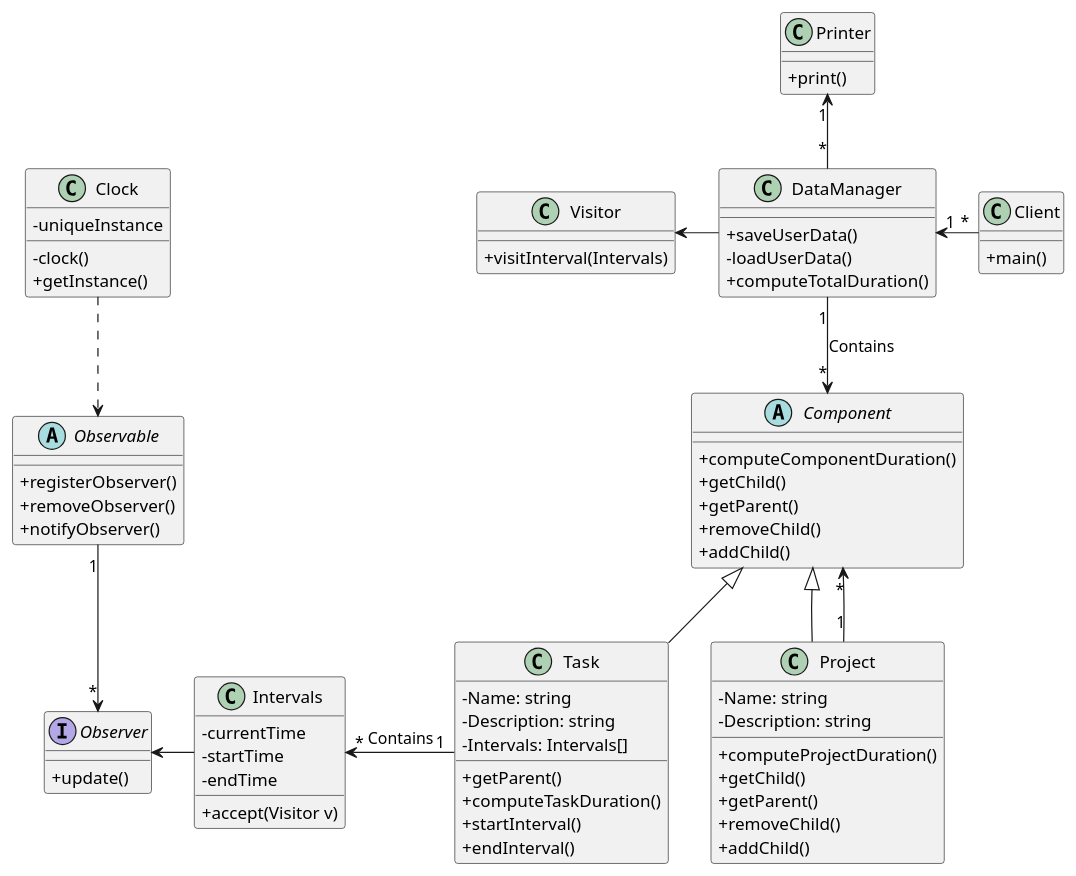
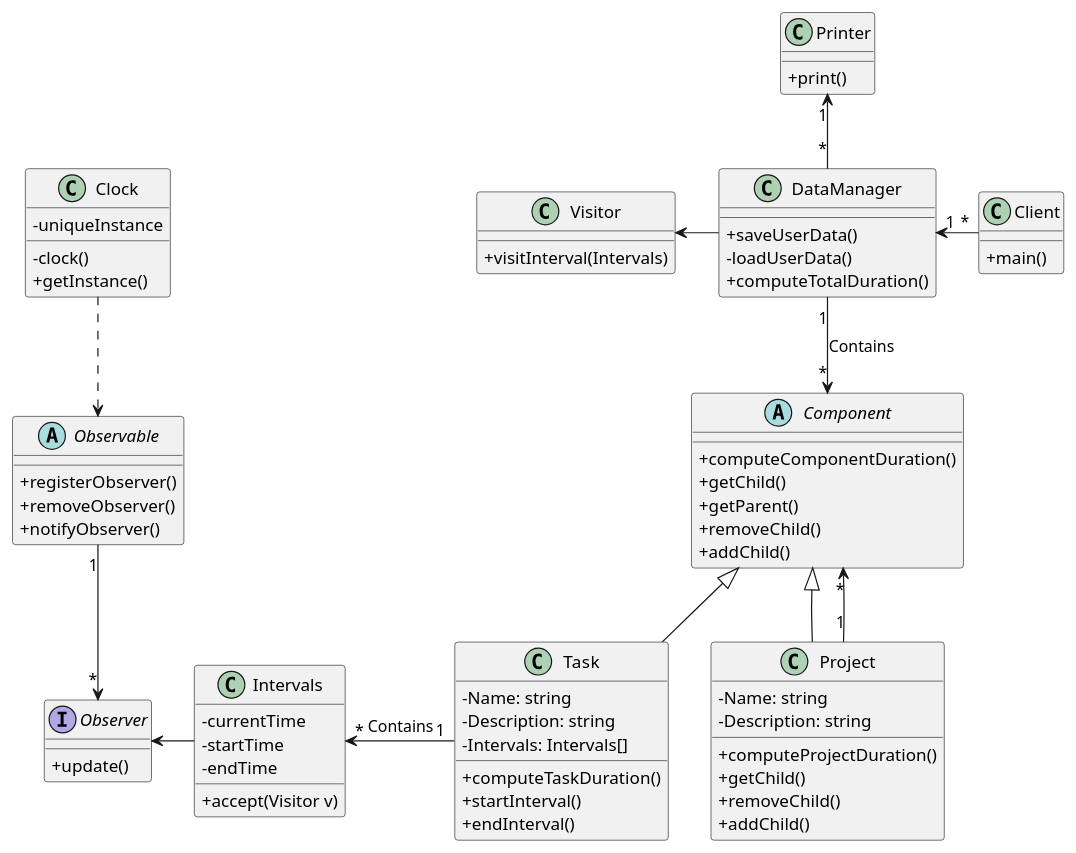
Before and after one commit to quimcamprubi/DS_Time_Tracker: the diagram in Time_Tracker/DSTimeTracker.puml, drawn with PlantUML.

```diff
--- a/Time_Tracker/DSTimeTracker.puml
+++ b/Time_Tracker/DSTimeTracker.puml
@@ -1,86 +1,84 @@
 @startuml 
 
 skinparam classAttributeIconSize 0
 skinparam linetype polyline
 
 abstract class Component {
 + computeComponentDuration()
 + getChild()
 + getParent()
 + removeChild()
 + addChild()
 }
 
 class Project extends Component {
 - Name: string
 - Description: string
 + computeProjectDuration()
 + getChild()
-+ getParent()
 + removeChild()
 + addChild()
 }
 
 class Visitor{
 + visitInterval(Intervals)
 }
 
 class Task extends Component {
 - Name: string
 - Description: string
 - Intervals: Intervals[]
-+ getParent()
 + computeTaskDuration()
 + startInterval()
 + endInterval()
 }
 
 class Intervals {
 - currentTime
 - startTime
 - endTime
 + accept(Visitor v)
 }
 
 Interface Observer{
 + update()
 }
 
 abstract class Observable {
 + registerObserver()
 + removeObserver()
 + notifyObserver()
 }
 
 class Clock {
 - uniqueInstance
 - clock()
 + getInstance()
 }
 
 class Client{
 + main()
 }
 
 class DataManager{  
 + saveUserData()
 - loadUserData()
 + computeTotalDuration()
 }
 
 Class Printer{
 + print()
 }
 
 Visitor <-right- DataManager
 DataManager "1" -down-> "*" Component: Contains
 Project "1" --> "*" Component
 Client "*" -left-> "1" DataManager
 Task "1" -left-> "*" Intervals:Contains
 Clock .down.> Observable
 Observable "1" -Down-> "*" Observer
 Intervals -left-> Observer
 DataManager "*" -up-> "1" Printer
 Task -[hidden]right-> Project
 
 @enduml
```
